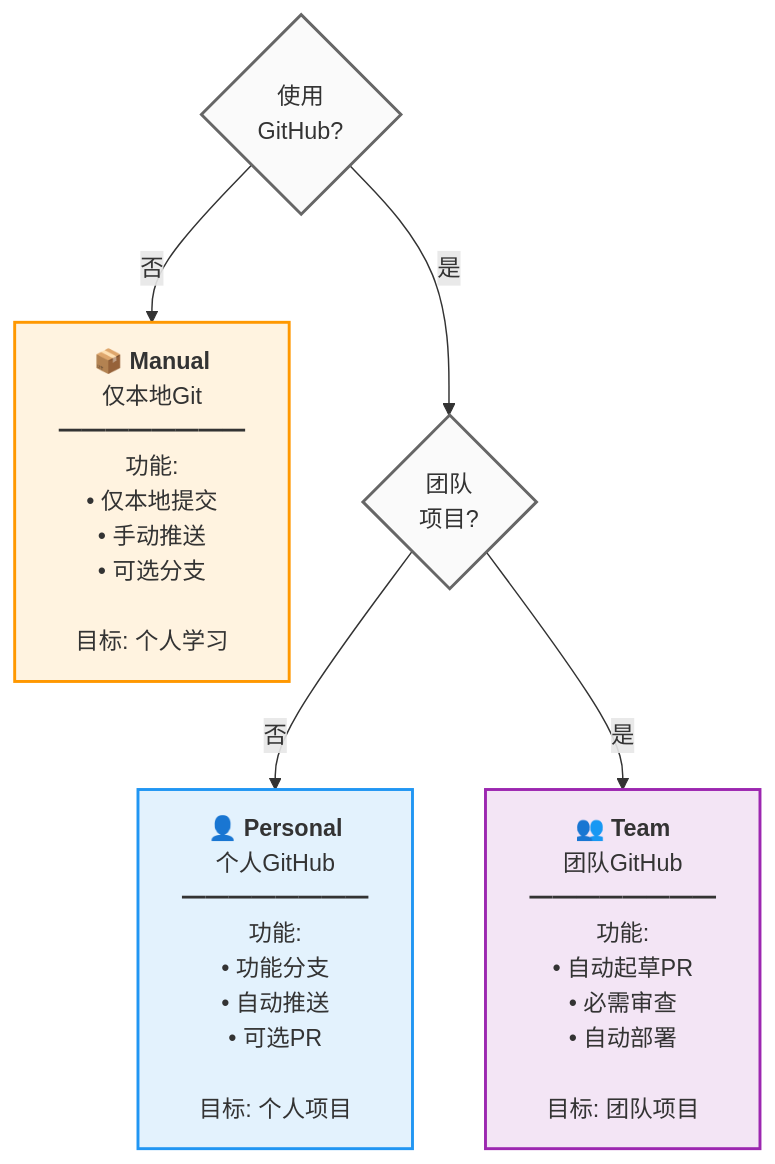
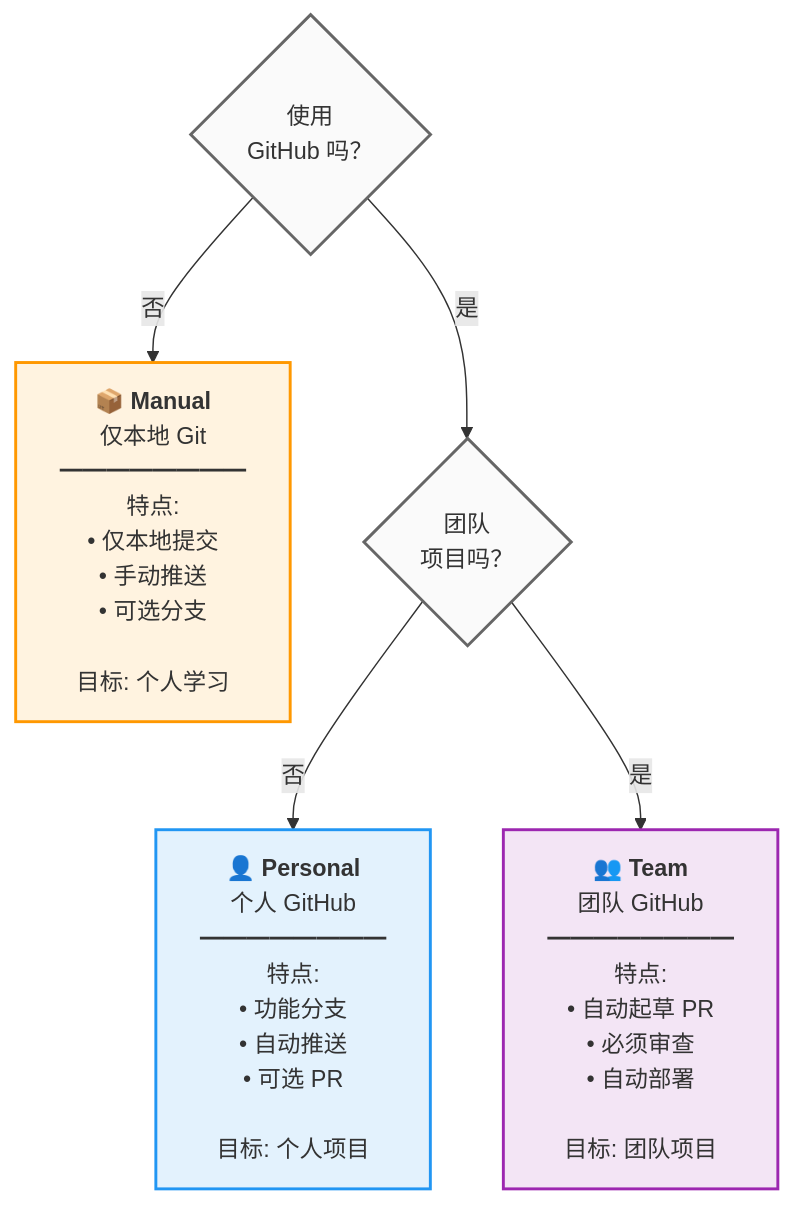
One commit to modu-ai/moai-adk changed the fifth of 5 diagrams in README.zh.md. Above: the diagram before and after it, drawn with Mermaid. The commit also changed other lines of this file and 20 other files, not shown here.

````diff
--- a/README.zh.md
+++ b/README.zh.md
@@ -1422,22 +2069,22 @@
 ```mermaid
 flowchart TD
-    Q1{"使用<br/>GitHub?"}
+    Q1{"使用<br/>GitHub 吗？"}
 
-    Q1 -->|否| Manual["<b>📦 Manual</b><br/>仅本地Git<br/>━━━━━━━━<br/>功能:<br/>• 仅本地提交<br/>• 手动推送<br/>• 可选分支<br/><br/>目标: 个人学习"]
+    Q1 -->|否| Manual["<b>📦 Manual</b><br/>仅本地 Git<br/>━━━━━━━━<br/>特点:<br/>• 仅本地提交<br/>• 手动推送<br/>• 可选分支<br/><br/>目标: 个人学习"]
 
-    Q1 -->|是| Q2{"团队<br/>项目?"}
+    Q1 -->|是| Q2{"团队<br/>项目吗？"}
 
-    Q2 -->|否| Personal["<b>👤 Personal</b><br/>个人GitHub<br/>━━━━━━━━<br/>功能:<br/>• 功能分支<br/>• 自动推送<br/>• 可选PR<br/><br/>目标: 个人项目"]
+    Q2 -->|否| Personal["<b>👤 Personal</b><br/>个人 GitHub<br/>━━━━━━━━<br/>特点:<br/>• 功能分支<br/>• 自动推送<br/>• 可选 PR<br/><br/>目标: 个人项目"]
 
-    Q2 -->|是| Team["<b>👥 Team</b><br/>团队GitHub<br/>━━━━━━━━<br/>功能:<br/>• 自动起草PR<br/>• 必需审查<br/>• 自动部署<br/><br/>目标: 团队项目"]
+    Q2 -->|是| Team["<b>👥 Team</b><br/>团队 GitHub<br/>━━━━━━━━<br/>特点:<br/>• 自动起草 PR<br/>• 必须审查<br/>• 自动部署<br/><br/>目标: 团队项目"]
 
     classDef manual fill:#fff3e0,stroke:#ff9800,stroke-width:2px
     classDef personal fill:#e3f2fd,stroke:#2196f3,stroke-width:2px
     classDef team fill:#f3e5f5,stroke:#9c27b0,stroke-width:2px
     classDef question fill:#fafafa,stroke:#666,stroke-width:2px
 
     class Manual manual
     class Personal personal
     class Team team
     class Q1,Q2 question
 ```
````
